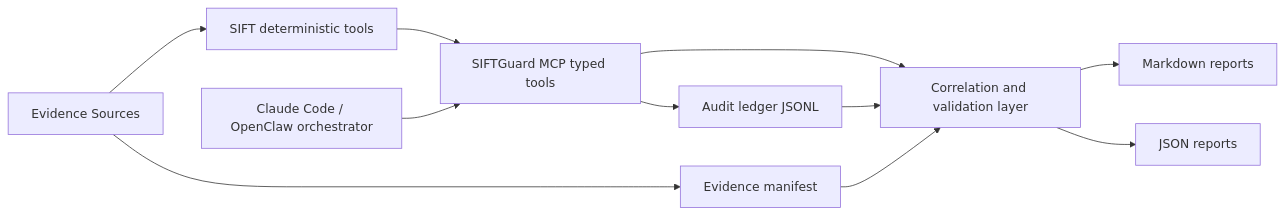
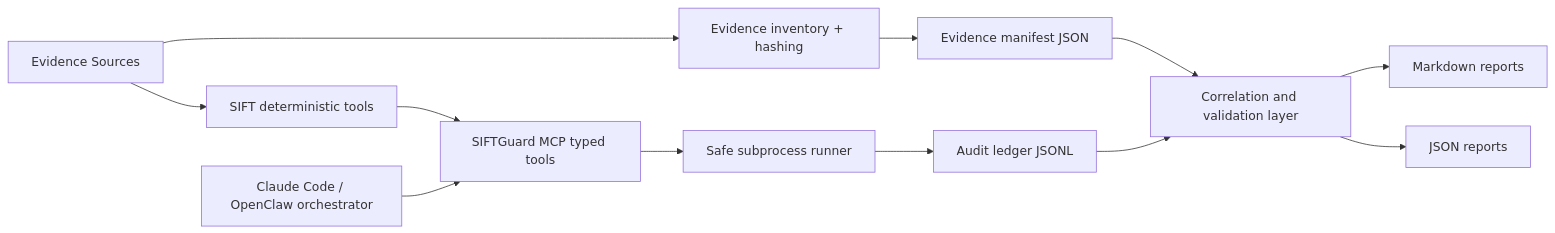
The diagram in docs/architecture.md (OCHOLA-EDDYPHIL/elenchos-dfir), drawn with Mermaid before and after one commit. The commit also changed other lines of this file and 18 other files, not shown here.

Commit message:
feat: harden evidence inventory and audit runner

````diff
--- a/docs/architecture.md
+++ b/docs/architecture.md
@@ -11,13 +11,14 @@
 ```mermaid
 flowchart LR
   A[Evidence Sources] --> B[SIFT deterministic tools]
   B --> C[SIFTGuard MCP typed tools]
-  C --> D[Correlation and validation layer]
-  C --> E[Audit ledger JSONL]
-  A --> F[Evidence manifest]
-  F --> D
-  E --> D
-  G[Claude Code / OpenClaw orchestrator] --> C
-  D --> H[Markdown reports]
-  D --> I[JSON reports]
+  A --> D[Evidence inventory + hashing]
+  D --> E[Evidence manifest JSON]
+  C --> F[Safe subprocess runner]
+  F --> G[Audit ledger JSONL]
+  E --> H[Correlation and validation layer]
+  G --> H
+  I[Claude Code / OpenClaw orchestrator] --> C
+  H --> J[Markdown reports]
+  H --> K[JSON reports]
 ```
````
